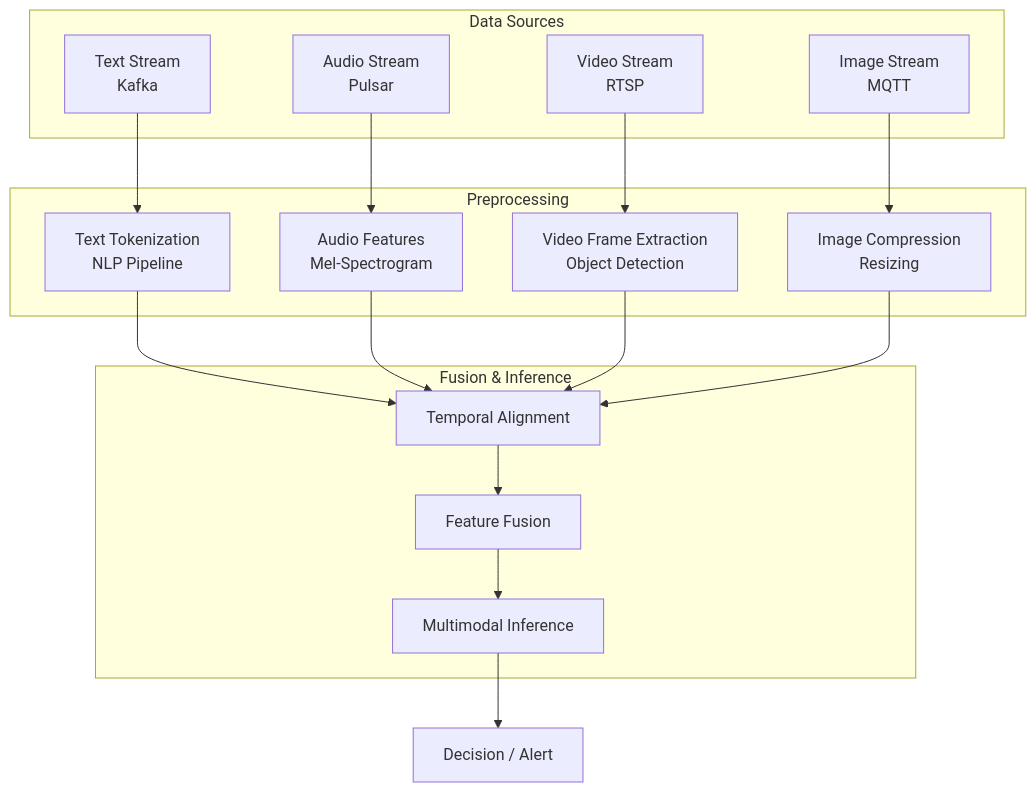
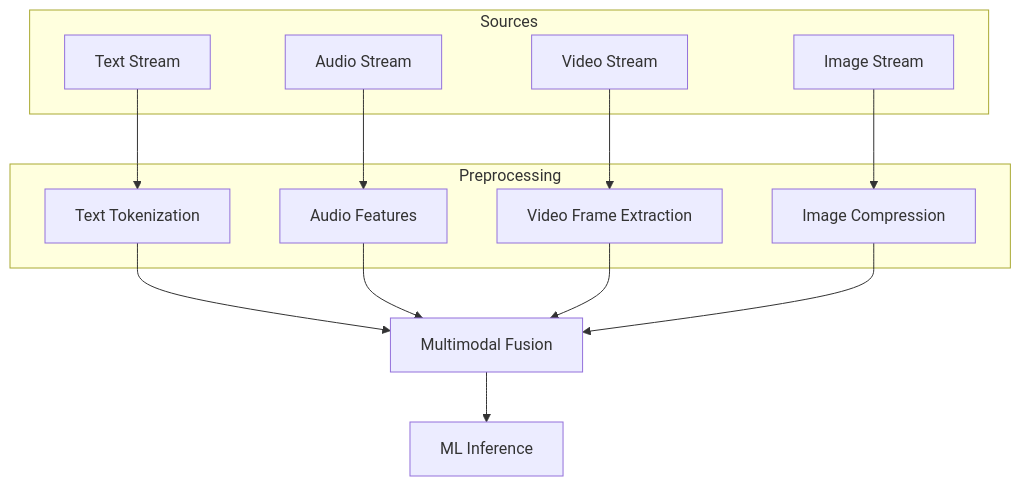
The diagram in en/multimodal-stream-processing.md (AdaMartin18010/AnalysisDataFlow), drawn with Mermaid before and after one commit. The commit also changed other lines of this file and 38 other files, not shown here.

````diff
--- a/en/multimodal-stream-processing.md
+++ b/en/multimodal-stream-processing.md
@@ -37,29 +55,28 @@
 ```mermaid
 graph TB
-    subgraph "Data Sources"
-        Text[Text Stream<br/>Kafka]
-        Audio[Audio Stream<br/>Pulsar]
-        Video[Video Stream<br/>RTSP]
-        Image[Image Stream<br/>MQTT]
+    subgraph "Sources"
+        Text[Text Stream]
+        Audio[Audio Stream]
+        Video[Video Stream]
+        Image[Image Stream]
     end
 
     subgraph "Preprocessing"
-        PT[Text Tokenization<br/>NLP Pipeline]
-        PA[Audio Features<br/>Mel-Spectrogram]
-        PV[Video Frame Extraction<br/>Object Detection]
-        PI[Image Compression<br/>Resizing]
+        PT[Text Tokenization]
+        PA[Audio Features]
+        PV[Video Frame Extraction]
+        PI[Image Compression]
     end
 
-    subgraph "Fusion & Inference"
-        Align[Temporal Alignment]
-        Fuse[Feature Fusion]
-        Infer[Multimodal Inference]
-    end
+    Text --> PT
+    Audio --> PA
+    Video --> PV
+    Image --> PI
 
-    Text --> PT --> Align
-    Audio --> PA --> Align
-    Video --> PV --> Align
-    Image --> PI --> Align
-    Align --> Fuse --> Infer
-    Infer --> Output[Decision / Alert]
+    PT --> Fusion[Multimodal Fusion]
+    PA --> Fusion
+    PV --> Fusion
+    PI --> Fusion
+
+    Fusion --> Inference[ML Inference]
 ```
````
